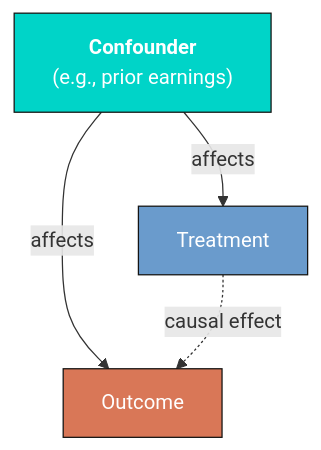
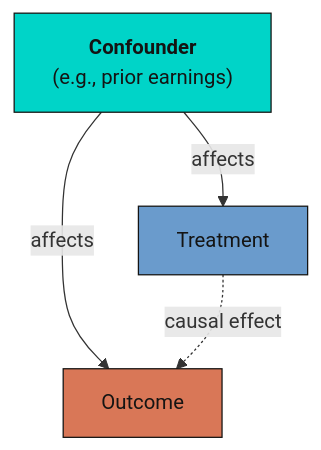
One commit to cmg777/starter-academic-v501 changed the second of 5 diagrams in content/post/python_dowhy/index.md. Above: the diagram before and after it, drawn with Mermaid. The commit also changed other lines of this file and 67 other files, not shown here.

First line of the commit message:
fix(mermaid): readable diagram text in both themes across the site

````diff
--- a/content/post/python_dowhy/index.md
+++ b/content/post/python_dowhy/index.md
@@ -515,10 +515,10 @@
 ```mermaid
 graph TD
     C["<b>Confounder</b><br/>(e.g., prior earnings)"] -->|"affects"| T["Treatment"]
     C -->|"affects"| Y["Outcome"]
     T -.->|"causal effect"| Y
 
-    style C fill:#00d4c8,stroke:#141413,color:#fff
-    style T fill:#6a9bcc,stroke:#141413,color:#fff
-    style Y fill:#d97757,stroke:#141413,color:#fff
+    style C fill:#00d4c8,stroke:#141413,color:#141413
+    style T fill:#6a9bcc,stroke:#141413,color:#141413
+    style Y fill:#d97757,stroke:#141413,color:#141413
 ```
````
